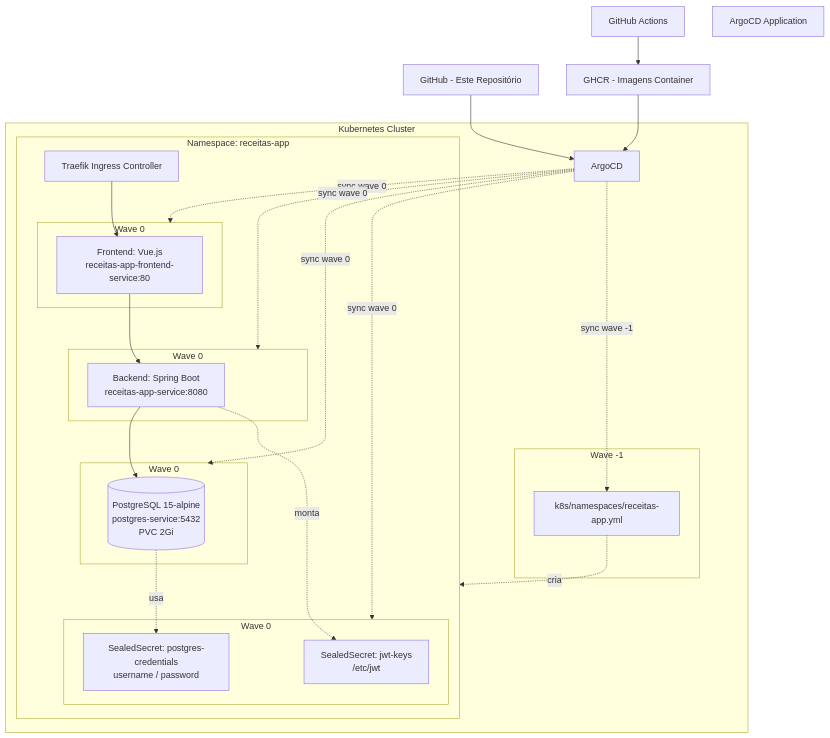
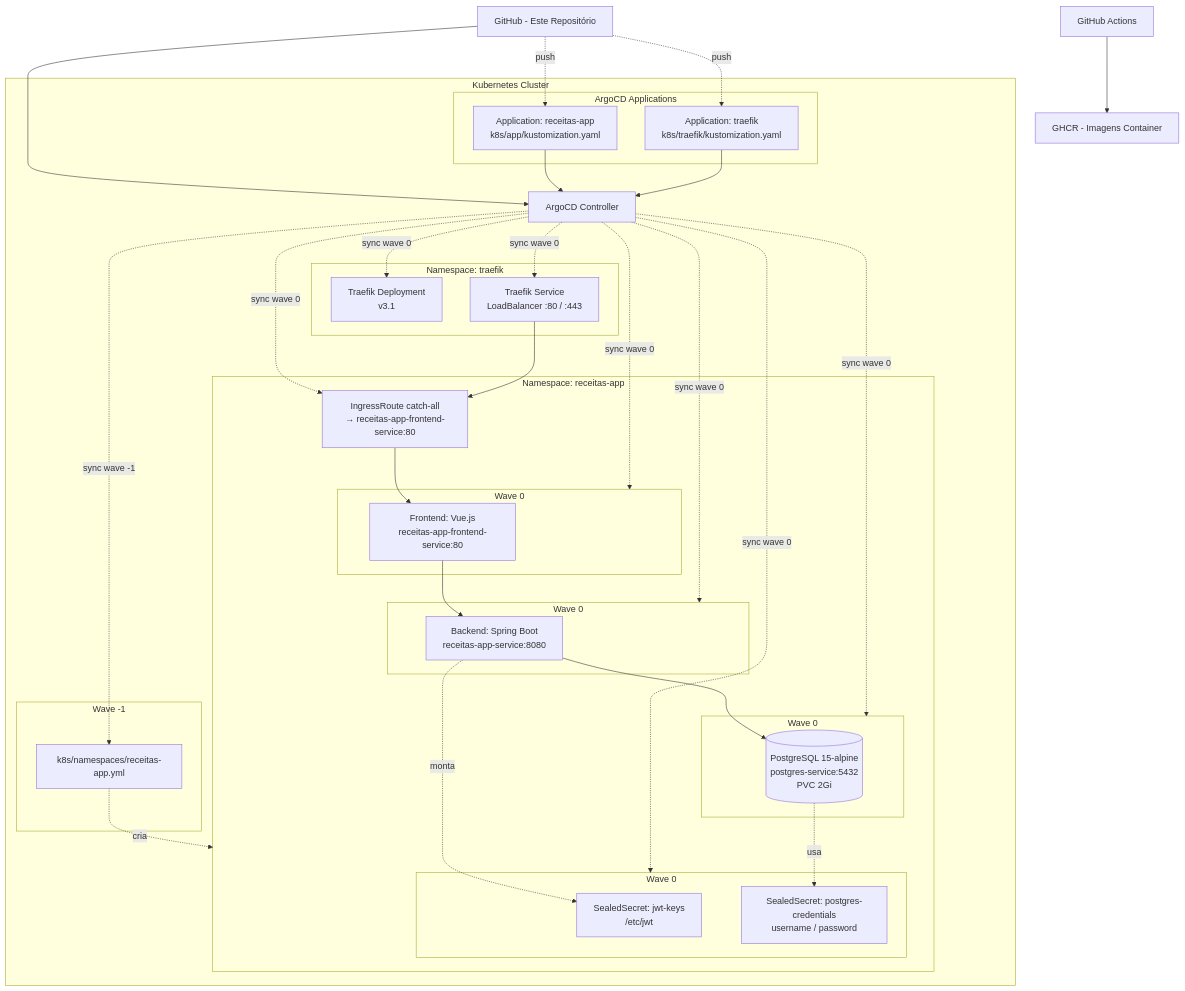
The diagram in README.md (jaimecabrito01/receitas-app-infra), drawn with Mermaid before and after one commit. The commit also changed other lines of this file and 8 other files, not shown here.

Commit message:
feat: deploy Traefik v3.1 with IngressRoute for frontend routing

````diff
--- a/README.md
+++ b/README.md
@@ -7,54 +7,70 @@
 ```mermaid
 flowchart TB
 
     GH[GitHub - Este Repositório]
     GHA[GitHub Actions]
     CR[GHCR - Imagens Container]
-    REPO[ArgoCD Application]
 
     subgraph K8S_CLUSTER["Kubernetes Cluster"]
 
-        ARGO[ArgoCD]
+        subgraph ARGO_APPS["ArgoCD Applications"]
+            APP_REC[Application: receitas-app\nk8s/app/kustomization.yaml]
+            APP_TRAEFIK[Application: traefik\nk8s/traefik/kustomization.yaml]
+        end
+
+        ARGO[ArgoCD Controller]
 
         subgraph BOOTSTRAP["Wave -1"]
             NS_MANIFEST[k8s/namespaces/receitas-app.yml]
         end
 
+        subgraph NS_TRAEFIK["Namespace: traefik"]
+            TRAEFIK_DEPLOY[Traefik Deployment\nv3.1]
+            TRAEFIK_SVC[Traefik Service\nLoadBalancer :80 / :443]
+        end
+
         subgraph NS_APP["Namespace: receitas-app"]
-            TRAEFIK[Traefik Ingress Controller]
-
             subgraph FRONTEND["Wave 0"]
                 VUE[Frontend: Vue.js\nreceitas-app-frontend-service:80]
             end
 
             subgraph BACKEND["Wave 0"]
                 SPRING[Backend: Spring Boot\nreceitas-app-service:8080]
             end
 
             subgraph DATABASE["Wave 0"]
                 PG[(PostgreSQL 15-alpine\npostgres-service:5432\nPVC 2Gi)]
             end
 
             subgraph SECRETS["Wave 0"]
                 JWT_SEC[SealedSecret: jwt-keys\n/etc/jwt]
                 DB_SEC[SealedSecret: postgres-credentials\nusername / password]
             end
+
+            IR[IngressRoute catch-all\n→ receitas-app-frontend-service:80]
         end
     end
 
     GH --> ARGO
     GHA --> CR
-    CR --> ARGO
+    GH -.->|push| APP_REC
+    GH -.->|push| APP_TRAEFIK
+    APP_REC --> ARGO
+    APP_TRAEFIK --> ARGO
     ARGO -.->|sync wave -1| NS_MANIFEST
     NS_MANIFEST -.->|cria| NS_APP
+    ARGO -.->|sync wave 0| TRAEFIK_DEPLOY
+    ARGO -.->|sync wave 0| TRAEFIK_SVC
     ARGO -.->|sync wave 0| FRONTEND
     ARGO -.->|sync wave 0| BACKEND
     ARGO -.->|sync wave 0| DATABASE
     ARGO -.->|sync wave 0| SECRETS
+    ARGO -.->|sync wave 0| IR
 
-    TRAEFIK --> VUE
+    TRAEFIK_SVC --> IR
+    IR --> VUE
     VUE --> SPRING
     SPRING --> PG
     SPRING -.->|monta| JWT_SEC
     PG -.->|usa| DB_SEC
 ```
````
